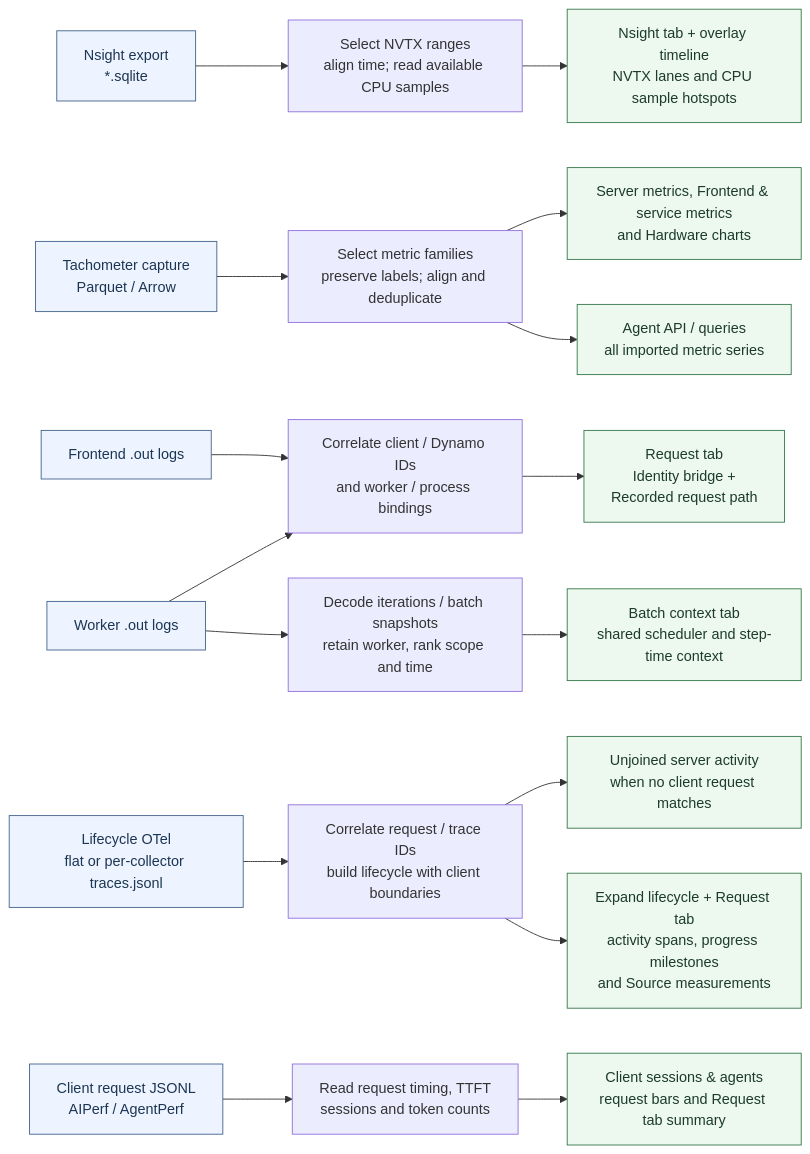
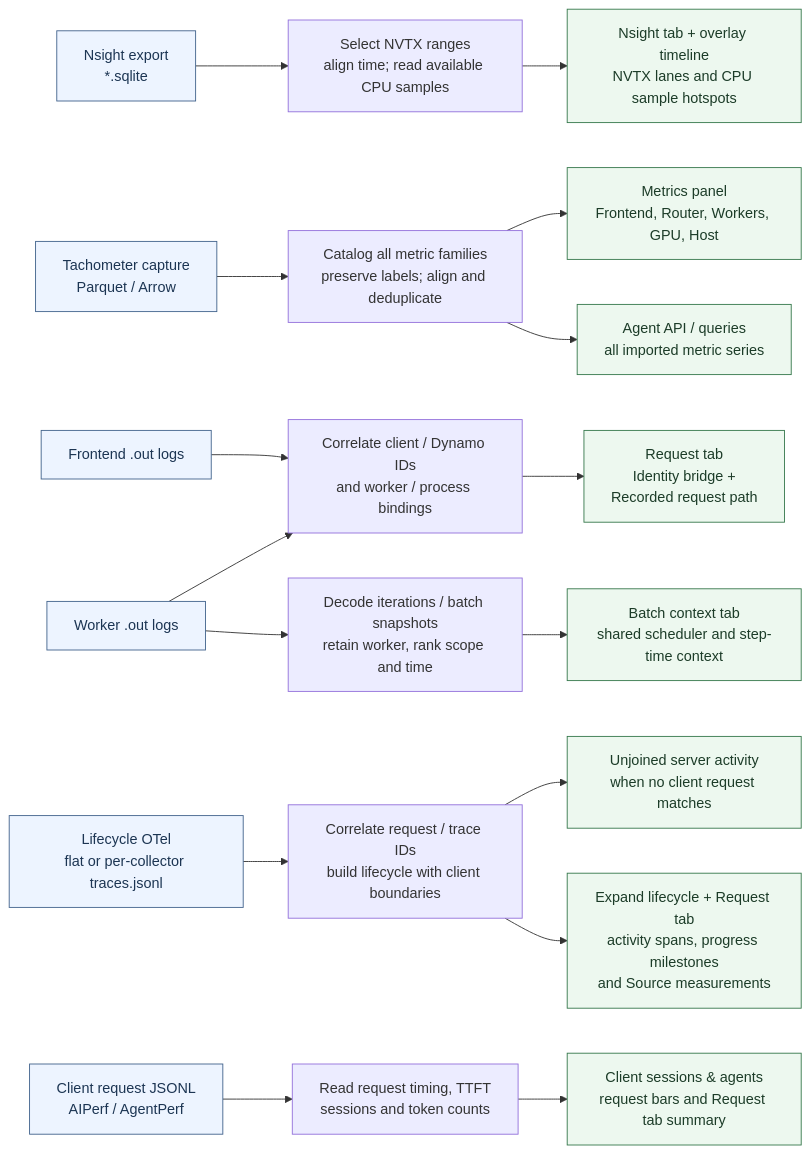
Before and after one commit to NVIDIA/srt-slurm: the first of 2 diagrams in docs/dsight-data-flow.md, drawn with Mermaid. The commit also changed other lines of this file and 3 other files, not shown here.

Commit message:
fix(dsight): preserve optional views with the metric catalog

````diff
--- a/docs/dsight-data-flow.md
+++ b/docs/dsight-data-flow.md
@@ -14,27 +14,27 @@
 ```mermaid
 flowchart LR
     N["Nsight export<br/>*.sqlite"] --> NP["Select NVTX ranges<br/>align time; read available CPU samples"]
     NP --> NU["Nsight tab + overlay timeline<br/>NVTX lanes and CPU sample hotspots"]
 
-    T["Tachometer capture<br/>Parquet / Arrow"] --> MP["Select metric families<br/>preserve labels; align and deduplicate"]
-    MP --> MU["Server metrics, Frontend &amp; service metrics<br/>and Hardware charts"]
+    T["Tachometer capture<br/>Parquet / Arrow"] --> MP["Catalog all metric families<br/>preserve labels; align and deduplicate"]
+    MP --> MU["Metrics panel<br/>Frontend, Router, Workers, GPU, Host"]
     MP --> MQ["Agent API / queries<br/>all imported metric series"]
 
     W["Worker .out logs"] --> IP["Correlate client / Dynamo IDs<br/>and worker / process bindings"]
     F["Frontend .out logs"] --> IP
     IP --> IU["Request tab<br/>Identity bridge +<br/>Recorded request path"]
     W --> BP["Decode iterations / batch snapshots<br/>retain worker, rank scope and time"]
     BP --> BU["Batch context tab<br/>shared scheduler and step-time context"]
 
     O["Lifecycle OTel<br/>flat or per-collector traces.jsonl"] --> LP["Correlate request / trace IDs<br/>build lifecycle with client boundaries"]
     LP --> SU["Unjoined server activity<br/>when no client request matches"]
     LP --> LU["Expand lifecycle + Request tab<br/>activity spans, progress milestones<br/>and Source measurements"]
 
     C["Client request JSONL<br/>AIPerf / AgentPerf"] --> CP["Read request timing, TTFT<br/>sessions and token counts"]
     CP --> CU["Client sessions & agents<br/>request bars and Request tab summary"]
 
     classDef source fill:#edf4ff,stroke:#42638c,color:#1c3553;
     classDef ui fill:#edf8ef,stroke:#36784c,color:#1c3c28;
     class N,T,W,F,O,C source;
     class NU,MU,MQ,IU,BU,LU,SU,CU ui;
 ```
````
